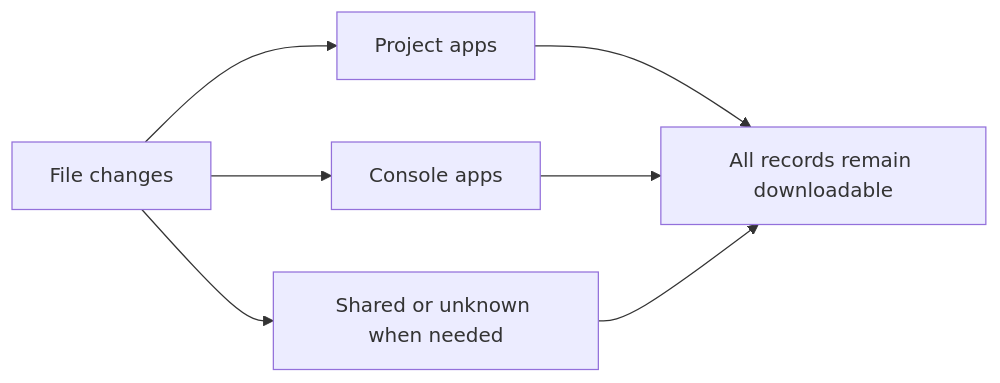
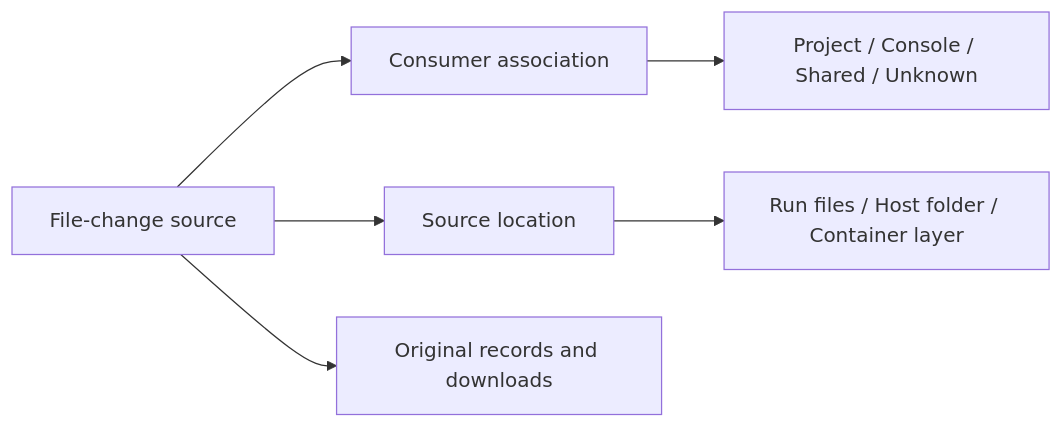
Before and after one commit to Cutuy/doramcap: the fifth of 10 diagrams in console/docs/111526-pr386-fixes-log.md, drawn with Mermaid. The commit also changed other lines of this file, not shown here.

````diff
--- a/console/docs/111526-pr386-fixes-log.md
+++ b/console/docs/111526-pr386-fixes-log.md
@@ -94,9 +98,8 @@
 ```mermaid
 flowchart LR
-    A[File changes] --> B[Project apps]
-    A --> C[Console apps]
-    A --> D[Shared or unknown when needed]
-    B --> E[All records remain downloadable]
-    C --> E
-    D --> E
+    A[File-change source] --> B[Consumer association]
+    A --> C[Source location]
+    B --> D[Project / Console / Shared / Unknown]
+    C --> E[Run files / Host folder / Container layer]
+    A --> F[Original records and downloads]
 ```
````
